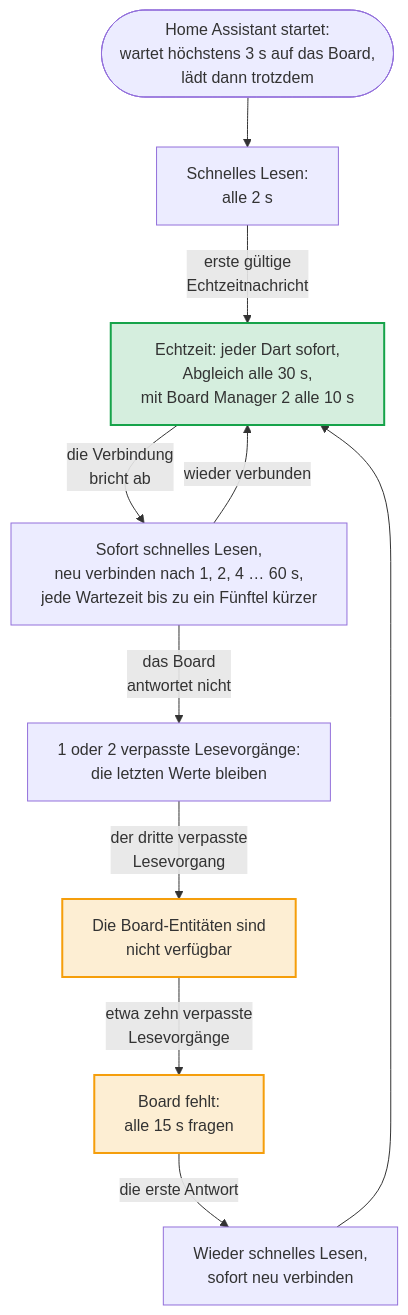
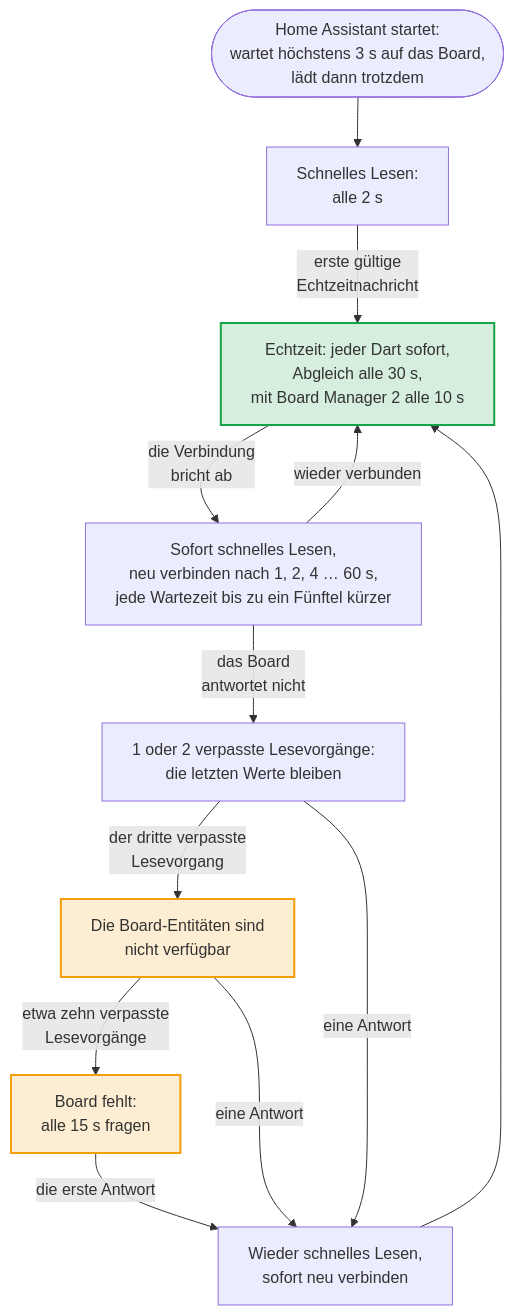
The diagram in docs/diagrams/connection.de.mmd (Dennis-Otto/ha-autodarts), drawn with Mermaid before and after one commit. The commit also changed 18 other files, not shown here.

First line of the commit message:
docs: correct the caller, connection and add-board diagrams

```diff
--- a/docs/diagrams/connection.de.mmd
+++ b/docs/diagrams/connection.de.mmd
@@ -1,21 +1,22 @@
 ---
 config:
   flowchart:
     wrappingWidth: 400
 ---
 flowchart TB
   accTitle: Wie sich die Verbindung zum Board verhält
-  accDescr: Beim Start wartet die Integration höchstens drei Sekunden auf das Board und lädt dann trotzdem; sie liest das Board alle 2 Sekunden. Mit der ersten gültigen Echtzeitnachricht kommen Darts sofort an, und ein Lesevorgang gleicht nur noch alle 30 Sekunden ab, mit Board Manager 2 alle 10 Sekunden. Bricht die Echtzeitverbindung ab, liest die Integration wieder alle 2 Sekunden und verbindet sich nach 1, 2, 4 bis 60 Sekunden neu, jede Wartezeit um bis zu ein Fünftel kürzer. Zwei verpasste Lesevorgänge in Folge behalten die letzten Werte; der dritte macht die Board-Entitäten nicht verfügbar, und nach etwa zehn wird das Board alle 15 Sekunden gefragt. Seine erste Antwort bringt das schnelle Lesen und sofort eine neue Verbindung zurück.
+  accDescr: Beim Start wartet die Integration höchstens drei Sekunden auf das Board und lädt dann trotzdem; sie liest das Board alle 2 Sekunden. Mit der ersten gültigen Echtzeitnachricht kommen Darts sofort an, und ein Lesevorgang gleicht nur noch alle 30 Sekunden ab, mit Board Manager 2 alle 10 Sekunden. Bricht die Echtzeitverbindung ab, liest die Integration wieder alle 2 Sekunden und verbindet sich nach 1, 2, 4 bis 60 Sekunden neu, jede Wartezeit um bis zu ein Fünftel kürzer. Zwei verpasste Lesevorgänge in Folge behalten die letzten Werte; der dritte macht die Board-Entitäten nicht verfügbar, und jede Antwort bringt sie sofort zurück, mit schnellem Lesen und sofort einer neuen Verbindung. Ohne Antwort wird das Board nach etwa zehn verpassten Lesevorgängen alle 15 Sekunden gefragt. Seine erste Antwort bringt das schnelle Lesen und sofort eine neue Verbindung zurück.
   START(["Home Assistant startet:<br/>wartet höchstens 3 s auf das Board,<br/>lädt dann trotzdem"]) --> FAST["Schnelles Lesen:<br/>alle 2 s"]
   FAST -- "erste gültige<br/>Echtzeitnachricht" --> REALTIME["Echtzeit: jeder Dart sofort,<br/>Abgleich alle 30 s,<br/>mit Board Manager 2 alle 10 s"]
   REALTIME -- "die Verbindung<br/>bricht ab" --> RETRY["Sofort schnelles Lesen,<br/>neu verbinden nach 1, 2, 4 … 60 s,<br/>jede Wartezeit bis zu ein Fünftel kürzer"]
   RETRY -- "wieder verbunden" --> REALTIME
   RETRY -- "das Board<br/>antwortet nicht" --> HICCUP["1 oder 2 verpasste Lesevorgänge:<br/>die letzten Werte bleiben"]
   HICCUP -- "der dritte verpasste<br/>Lesevorgang" --> UNAVAILABLE["Die Board-Entitäten sind<br/>nicht verfügbar"]
   UNAVAILABLE -- "etwa zehn verpasste<br/>Lesevorgänge" --> AWAY["Board fehlt:<br/>alle 15 s fragen"]
   AWAY -- "die erste Antwort" --> BACK["Wieder schnelles Lesen,<br/>sofort neu verbinden"]
+  HICCUP & UNAVAILABLE -- "eine Antwort" --> BACK
   BACK --> REALTIME
   classDef done fill:#16a34a2e,stroke:#16a34a,stroke-width:2px
   classDef warn fill:#f59e0b2e,stroke:#f59e0b,stroke-width:2px
   class REALTIME done
   class UNAVAILABLE,AWAY warn
```
